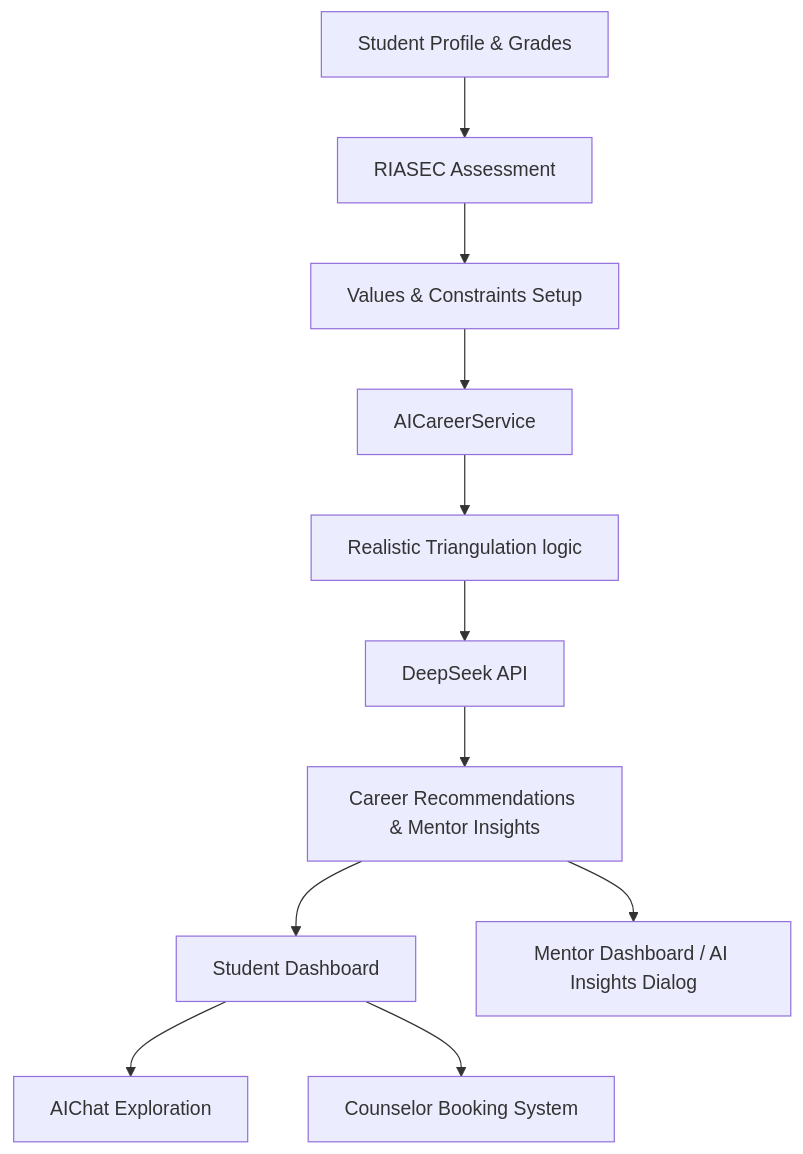
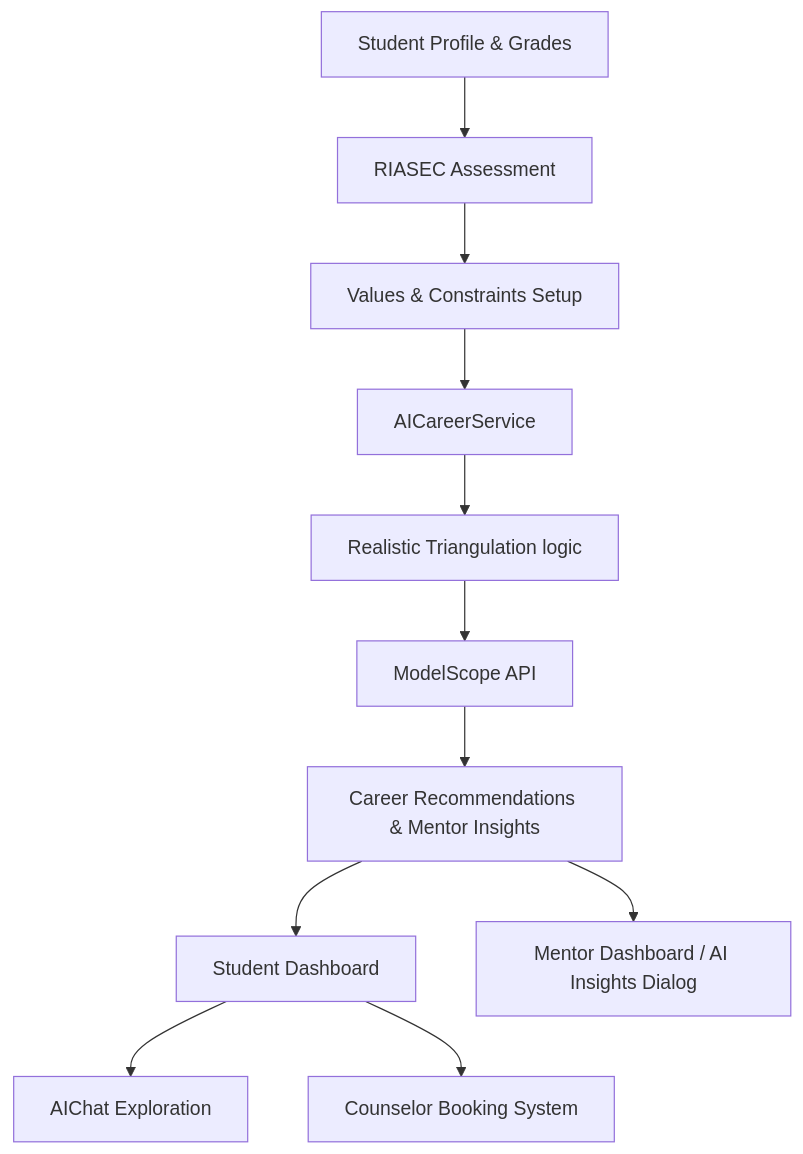
The diagram in docs/CAREER_GUIDANCE_FLOW.md (SK3CHI3/CAREERGUIDE-Ai), drawn with Mermaid before and after one commit. The commit also changed other lines of this file and 40 other files, not shown here.

````diff
--- a/docs/CAREER_GUIDANCE_FLOW.md
+++ b/docs/CAREER_GUIDANCE_FLOW.md
@@ -24,13 +24,13 @@
 ```mermaid
 graph TD
     A[Student Profile & Grades] --> B[RIASEC Assessment]
     B --> C[Values & Constraints Setup]
     C --> D[AICareerService]
     D --> E[Realistic Triangulation logic]
-    E --> F[DeepSeek API]
+    E --> F[ModelScope API]
     F --> G[Career Recommendations & Mentor Insights]
     G --> H[Student Dashboard]
     G --> I[Mentor Dashboard / AI Insights Dialog]
     H --> J[AIChat Exploration]
     H --> K[Counselor Booking System]
 ```
````
